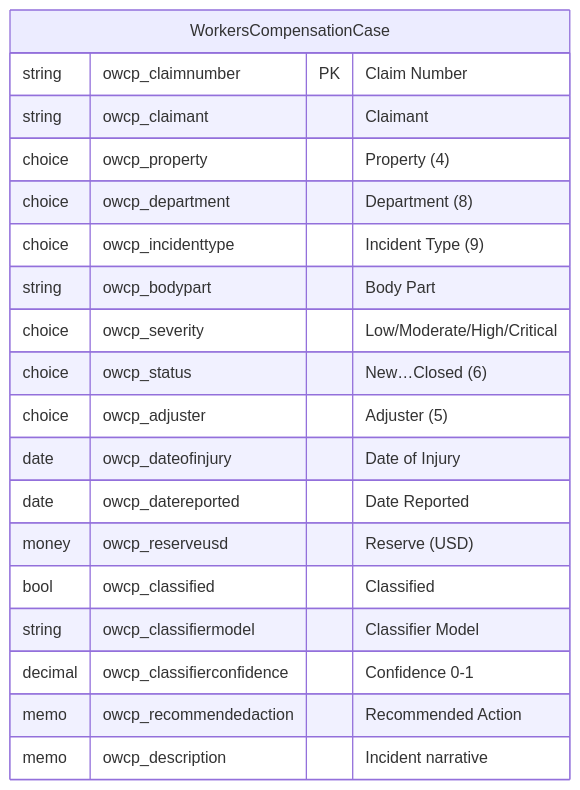
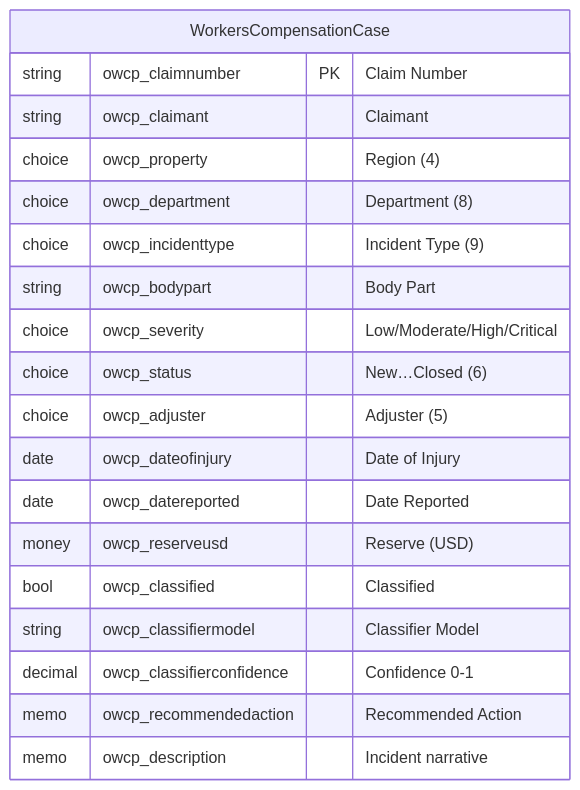
Before and after one commit to dayour/claimsassist: the sixth of 6 diagrams in README.md, drawn with Mermaid. The commit also changed other lines of this file and 39 other files, not shown here.

Commit message:
Update Claim Studio runtime docs and PDF schema

````diff
--- a/README.md
+++ b/README.md
@@ -205,22 +223,22 @@
 ```mermaid
 erDiagram
     WorkersCompensationCase {
         string  owcp_claimnumber PK "Claim Number"
         string  owcp_claimant "Claimant"
-        choice  owcp_property "Property (4)"
+        choice  owcp_property "Region (4)"
         choice  owcp_department "Department (8)"
         choice  owcp_incidenttype "Incident Type (9)"
         string  owcp_bodypart "Body Part"
         choice  owcp_severity "Low/Moderate/High/Critical"
         choice  owcp_status "New…Closed (6)"
         choice  owcp_adjuster "Adjuster (5)"
         date    owcp_dateofinjury "Date of Injury"
         date    owcp_datereported "Date Reported"
         money   owcp_reserveusd "Reserve (USD)"
         bool    owcp_classified "Classified"
         string  owcp_classifiermodel "Classifier Model"
         decimal owcp_classifierconfidence "Confidence 0-1"
         memo    owcp_recommendedaction "Recommended Action"
         memo    owcp_description "Incident narrative"
     }
 ```
````
